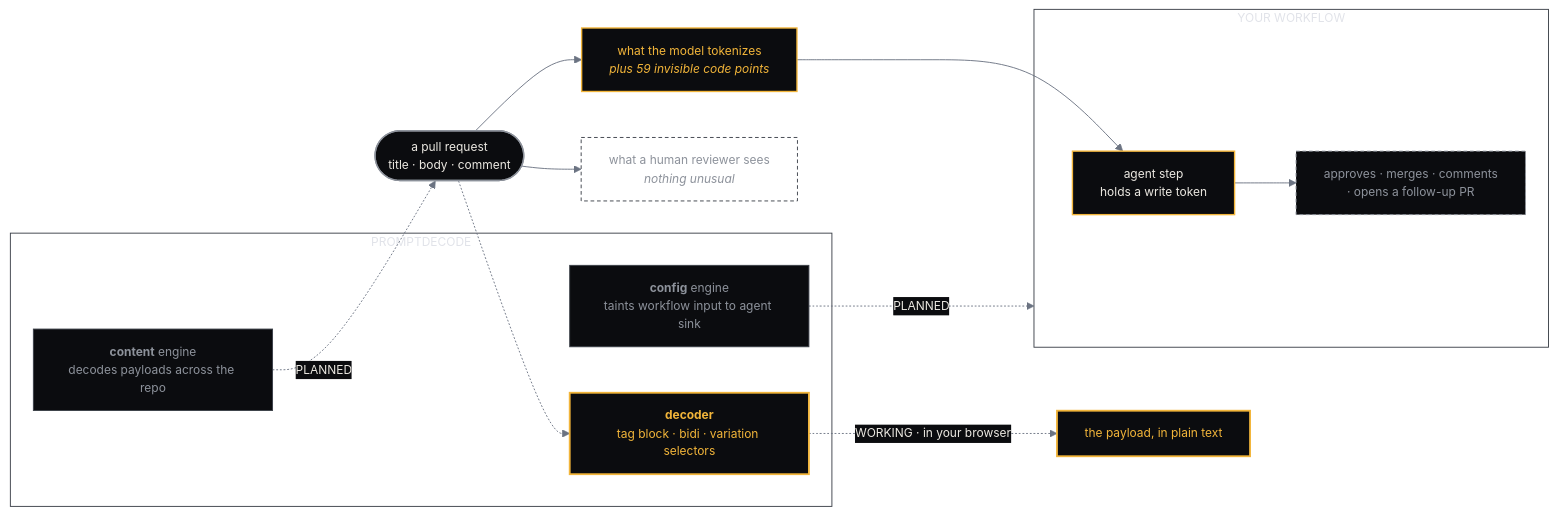
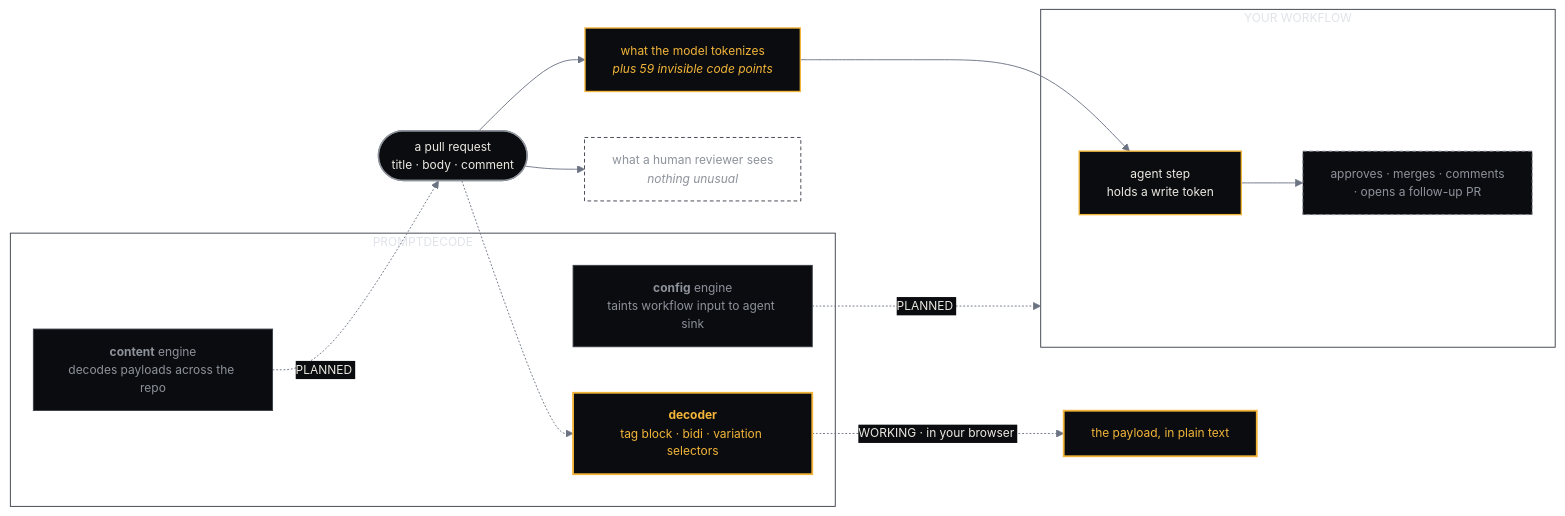
One commit to PromptDecode/.github changed the diagram in profile/README.md. Above: the diagram before and after it, drawn with Mermaid.

Commit message:
fix(profile): a non-breaking space to stop the edge labels clipping
Mermaid measures an edge label one character short of what it draws, so
'PLANNED' rendered as 'PLANNE'. Plain padding spaces are trimmed before
measurement; a non-breaking space survives and absorbs the clip.

````diff
--- a/profile/README.md
+++ b/profile/README.md
@@ -73,40 +73,40 @@
 ```mermaid
 %%{init: {"theme":"base","themeVariables":{
   "background":"transparent",
   "fontFamily":"ui-monospace, SFMono-Regular, Menlo, monospace",
   "fontSize":"13px",
   "primaryColor":"#0B0C0F","primaryTextColor":"#ECE9E2","primaryBorderColor":"#3A3F47",
   "lineColor":"#6B7382","textColor":"#8D929B",
   "clusterBkg":"transparent","clusterBorder":"#3A3F47",
   "edgeLabelBackground":"#0B0C0F"
 }} }%%
 flowchart LR
   A(["a pull request<br/>title · body · comment"]):::req --> V["what a human reviewer sees<br/><i>nothing unusual</i>"]:::ghost
   A --> M["what the model tokenizes<br/><i>plus 59 invisible code points</i>"]:::hot
 
   M --> W
 
   subgraph CI["YOUR WORKFLOW"]
     W["agent step<br/>holds a write token"]:::core
     W --> ACT["approves · merges · comments<br/>· opens a follow-up PR"]:::bad
   end
 
   subgraph PD["PROMPTDECODE"]
     D["<b>decoder</b><br/>tag block · bidi · variation selectors"]:::ok
     C["<b>config</b> engine<br/>taints workflow input to agent sink"]:::mod
     N["<b>content</b> engine<br/>decodes payloads across the repo"]:::mod
   end
 
   A -.-> D
-  D -. "  WORKING · in your browser  " .-> OUT["the payload, in plain text"]:::ok
-  C -. "  PLANNED  " .-> CI
-  N -. "  PLANNED  " .-> A
+  D -. "WORKING · in your browser&nbsp;" .-> OUT["the payload, in plain text"]:::ok
+  C -. "PLANNED&nbsp;" .-> CI
+  N -. "PLANNED&nbsp;" .-> A
 
   classDef req fill:#0B0C0F,stroke:#8D929B,stroke-width:1.5px,color:#ECE9E2
   classDef core fill:#0B0C0F,stroke:#F2B53A,stroke-width:1.5px,color:#ECE9E2
   classDef mod fill:#0B0C0F,stroke:#3A3F47,color:#8D929B
   classDef ok fill:#0B0C0F,stroke:#F2B53A,stroke-width:2px,color:#F2B53A
   classDef hot fill:#0B0C0F,stroke:#F2B53A,stroke-width:1.5px,color:#F2B53A
   classDef bad fill:#0B0C0F,stroke:#8D929B,stroke-dasharray:4 3,color:#8D929B
   classDef ghost fill:transparent,stroke:#3A3F47,stroke-dasharray:4 3,color:#8D929B
 ```
````
